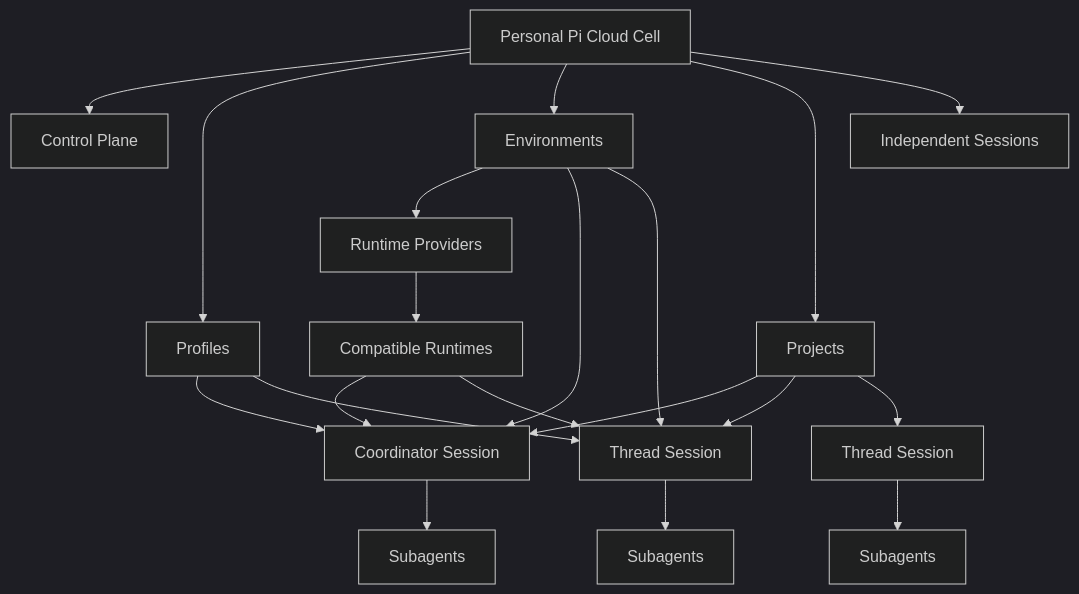
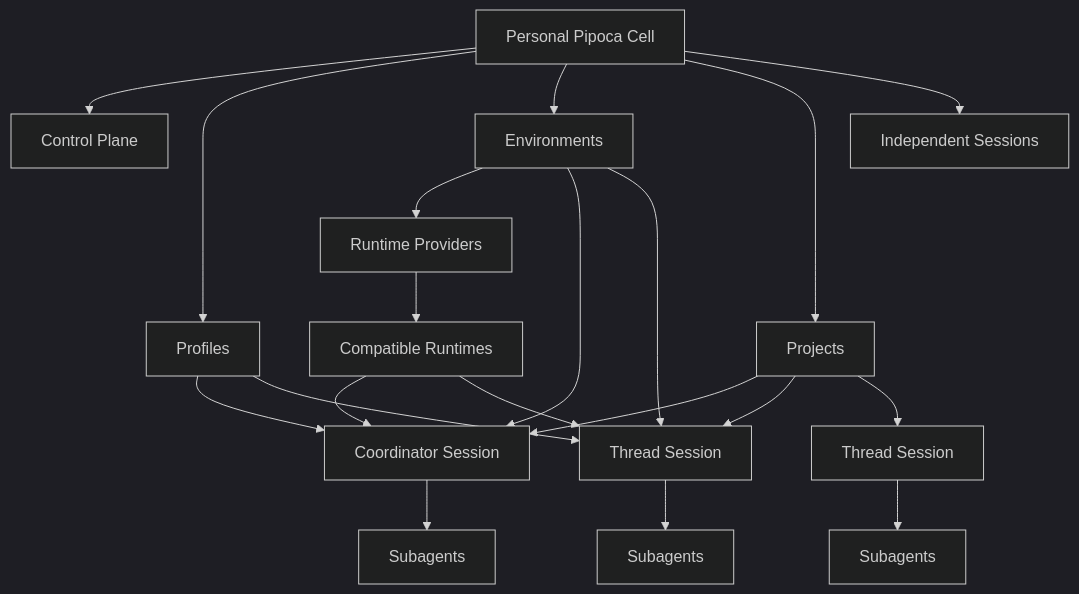
The first of 2 diagrams in docs/concepts.md (PedroKlein/pi-cloud), drawn with Mermaid (dark theme) before and after one commit. The commit also changed other lines of this file and 291 other files, not shown here.

Commit message:
refactor: rename Pi Cloud to Pipoca

````diff
--- a/docs/concepts.md
+++ b/docs/concepts.md
@@ -73,26 +73,26 @@
 ```mermaid
 flowchart TD
-    CELL[Personal Pi Cloud Cell] --> CP[Control Plane]
+    CELL[Personal Pipoca Cell] --> CP[Control Plane]
     CELL --> PROF[Profiles]
     CELL --> ENV[Environments]
     CELL --> PROJ[Projects]
     CELL --> IND[Independent Sessions]
 
     ENV --> RP[Runtime Providers]
     RP --> RT[Compatible Runtimes]
 
     PROJ --> COORD[Coordinator Session]
     PROJ --> T1[Thread Session]
     PROJ --> T2[Thread Session]
 
     COORD --> SA1[Subagents]
     T1 --> SA2[Subagents]
     T2 --> SA3[Subagents]
 
     PROF --> COORD
     PROF --> T1
     ENV --> COORD
     ENV --> T1
     RT --> COORD
     RT --> T1
 ```
````
